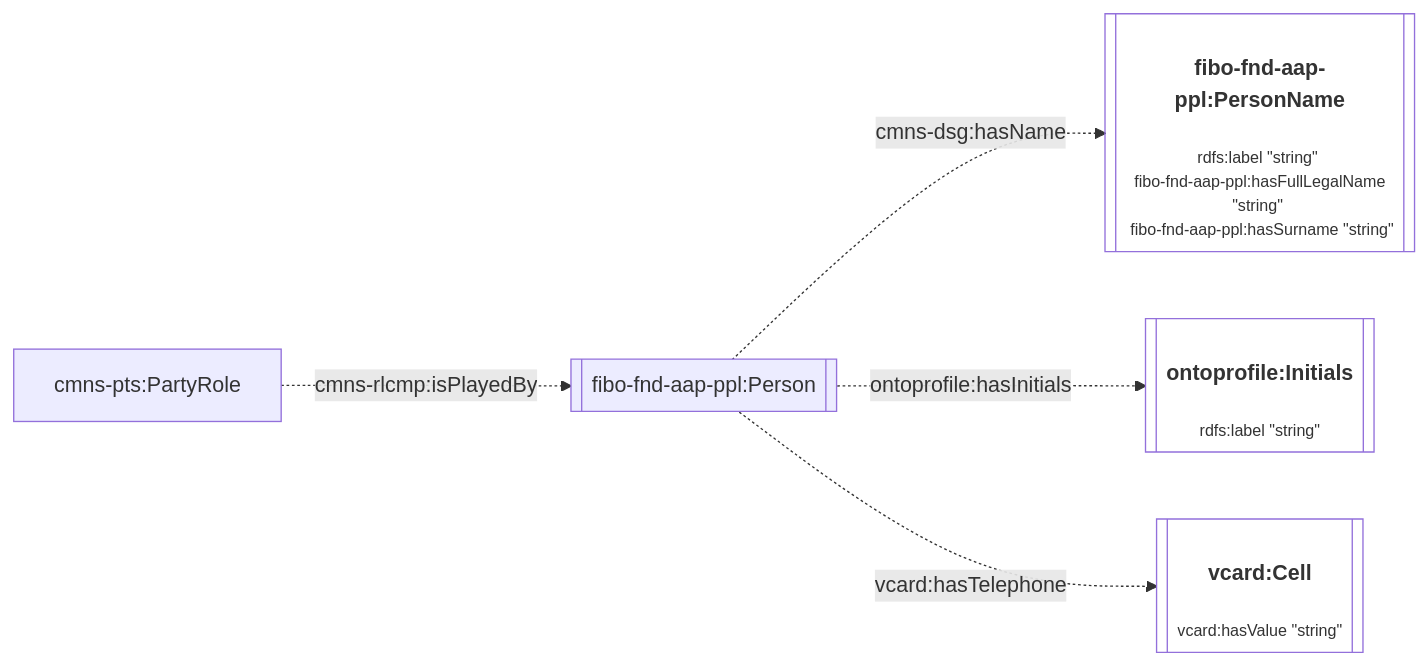
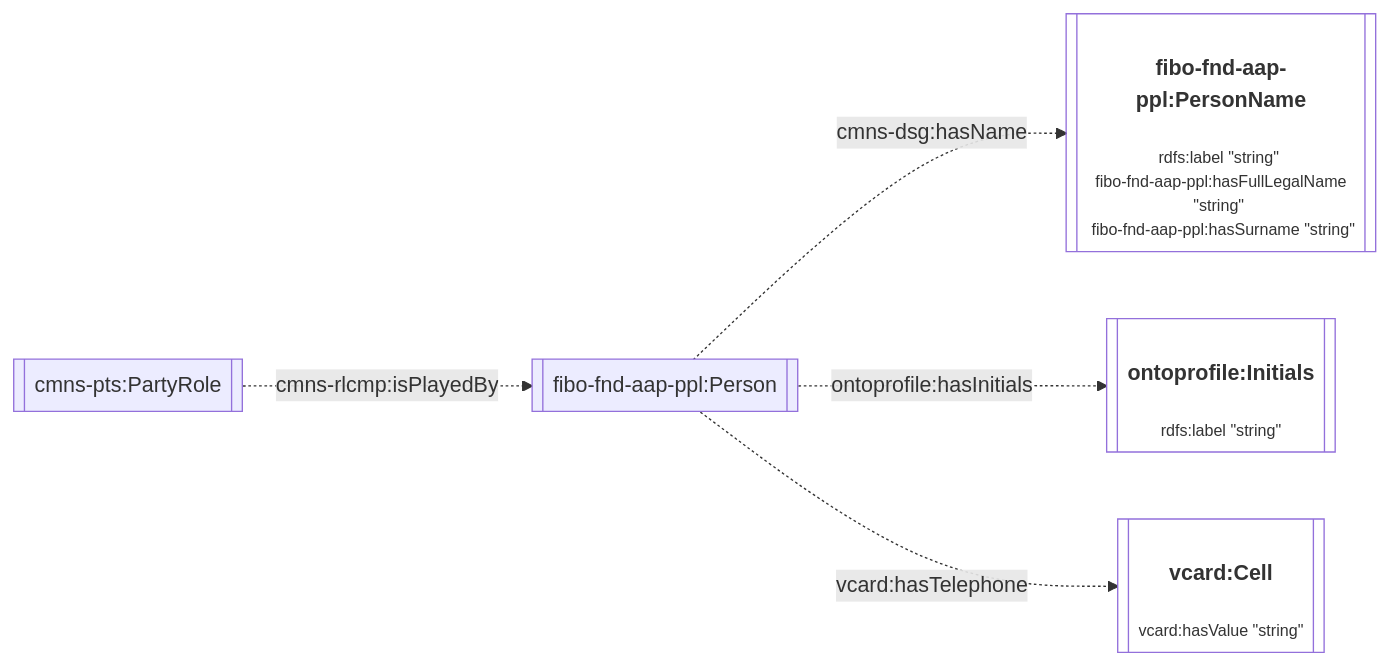
The seventh of 10 diagrams in JPS_Ontology/ontology/ontoprofile/README.MD (cambridge-cares/TheWorldAvatar), drawn with Mermaid before and after one commit. The commit also changed other lines of this file and 2 other files, not shown here.

````diff
--- a/JPS_Ontology/ontology/ontoprofile/README.MD
+++ b/JPS_Ontology/ontology/ontoprofile/README.MD
@@ -130,15 +170,15 @@
 ```mermaid
 flowchart LR
     %% Styling
     classDef literal fill:none
     classDef node overflow-wrap:break-word,text-wrap:pretty
     linkStyle default overflow-wrap:break-word,text-wrap:pretty;
 
     %% Contents
-    cmns-pts:PartyRole -. cmns-rlcmp:isPlayedBy .-> Person[[fibo-fnd-aap-ppl:Person]]
+    PartyRole[[cmns-pts:PartyRole]] -. cmns-rlcmp:isPlayedBy .-> Person[[fibo-fnd-aap-ppl:Person]]
     Person -. cmns-dsg:hasName .-> PersonName[["<h4>fibo-fnd-aap-ppl:PersonName</h4><p style='font-size:0.75rem;'>rdfs:label &quot;string&quot; <br> fibo-fnd-aap-ppl:hasFullLegalName &quot;string&quot; <br> fibo-fnd-aap-ppl:hasSurname &quot;string&quot;</p>"]]:::literal
 
     Person -. ontoprofile:hasInitials .-> Initials[["<h4>ontoprofile:Initials</h4><p style='font-size:0.75rem;'>rdfs:label &quot;string&quot;</p>"]]:::literal
 
     Person -. vcard:hasTelephone .-> Cell[["<h4>vcard:Cell</h4><p style='font-size:0.75rem;'>vcard:hasValue &quot;string&quot;</p>"]]:::literal
 ```
````
